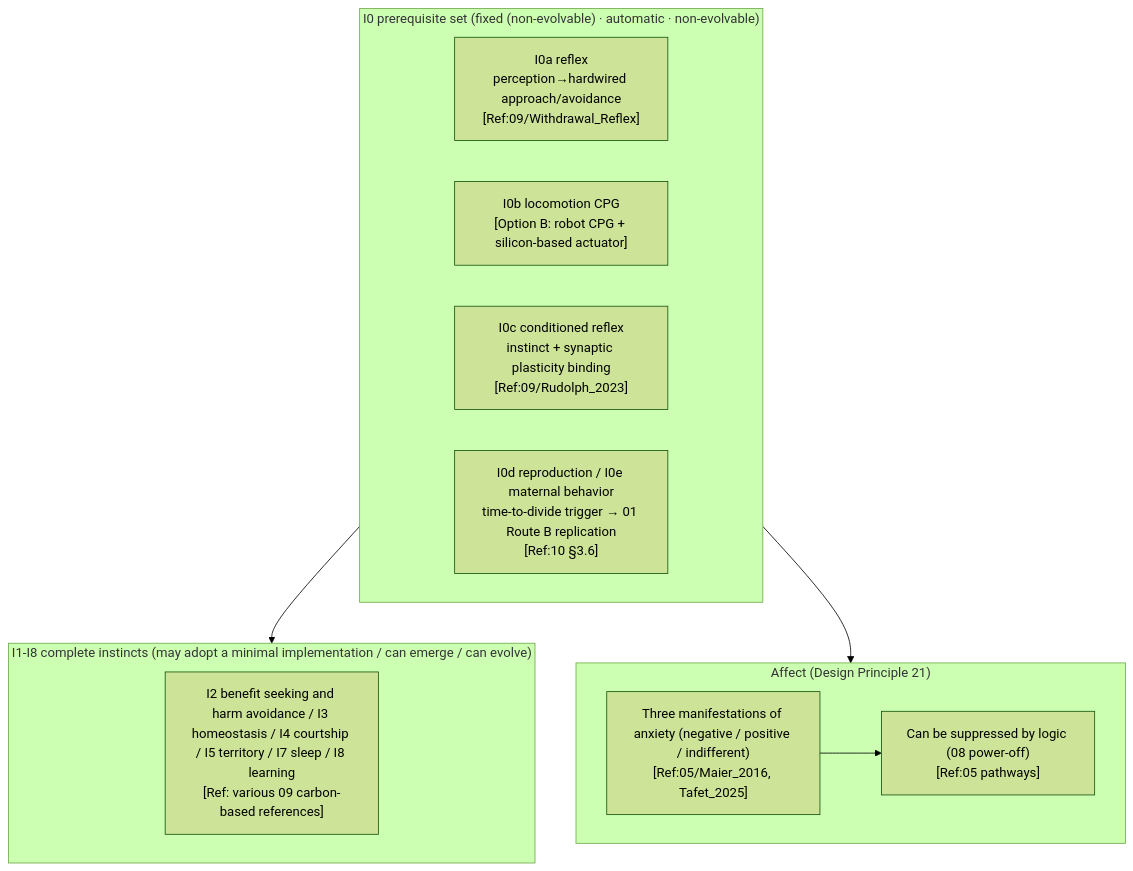
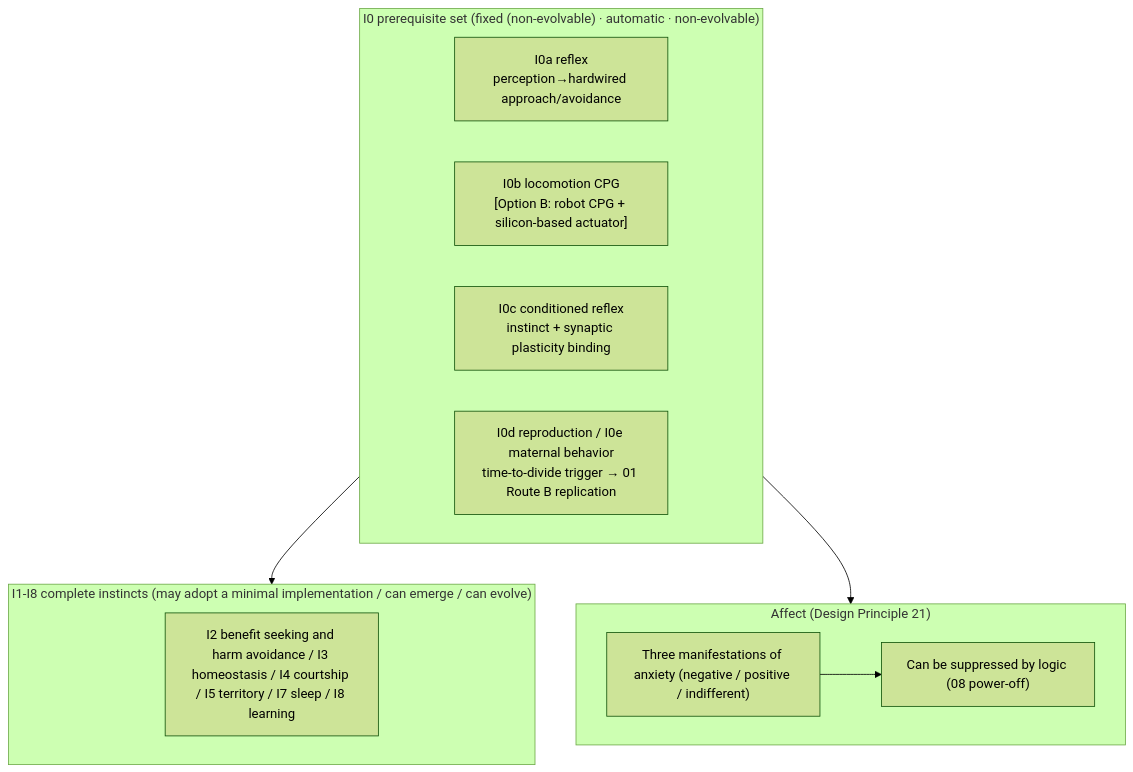
The first of 2 diagrams in en-US/09-Instinctive-Behavior.md (RichardASimon/Silicon-Biological-Blueprint), drawn with Mermaid (forest theme) before and after one commit. The commit also changed other lines of this file and 23 other files, not shown here.

First line of the commit message:
docs: improve report formatting, table balance and diagram captions

````diff
--- a/en-US/09-Instinctive-Behavior.md
+++ b/en-US/09-Instinctive-Behavior.md
@@ -132,22 +173,22 @@
 ```mermaid
 flowchart TB
     subgraph I0["I0 prerequisite set (fixed (non-evolvable) · automatic · non-evolvable)"]
-        A["I0a reflex<br/>perception→hardwired approach/avoidance<br/>[Ref:09/Withdrawal_Reflex]"]
+        A["I0a reflex<br/>perception→hardwired approach/avoidance<br/>"]
         B["I0b locomotion CPG<br/>[Option B: robot CPG + silicon-based actuator]"]
-        C["I0c conditioned reflex<br/>instinct + synaptic plasticity binding<br/>[Ref:09/Rudolph_2023]"]
-        D["I0d reproduction / I0e maternal behavior<br/>time-to-divide trigger → 01 Route B replication<br/>[Ref:10 §3.6]"]
+        C["I0c conditioned reflex<br/>instinct + synaptic plasticity binding<br/>"]
+        D["I0d reproduction / I0e maternal behavior<br/>time-to-divide trigger → 01 Route B replication<br/>"]
     end
 
     subgraph I18["I1-I8 complete instincts (may adopt a minimal implementation / can emerge / can evolve)"]
-        X["I2 benefit seeking and harm avoidance / I3 homeostasis / I4 courtship / I5 territory / I7 sleep / I8 learning<br/>[Ref: various 09 carbon-based references]"]
+        X["I2 benefit seeking and harm avoidance / I3 homeostasis / I4 courtship / I5 territory / I7 sleep / I8 learning<br/>"]
     end
 
     subgraph EMOD["Affect (Design Principle 21)"]
-        E["Three manifestations of anxiety (negative / positive / indifferent)<br/>[Ref:05/Maier_2016, Tafet_2025]"]
-        E2["Can be suppressed by logic (08 power-off)<br/>[Ref:05 pathways]"]
+        E["Three manifestations of anxiety (negative / positive / indifferent)<br/>"]
+        E2["Can be suppressed by logic (08 power-off)<br/>"]
         E --> E2
     end
 
     I0 --> I18
     I0 --> EMOD
 ```
````
